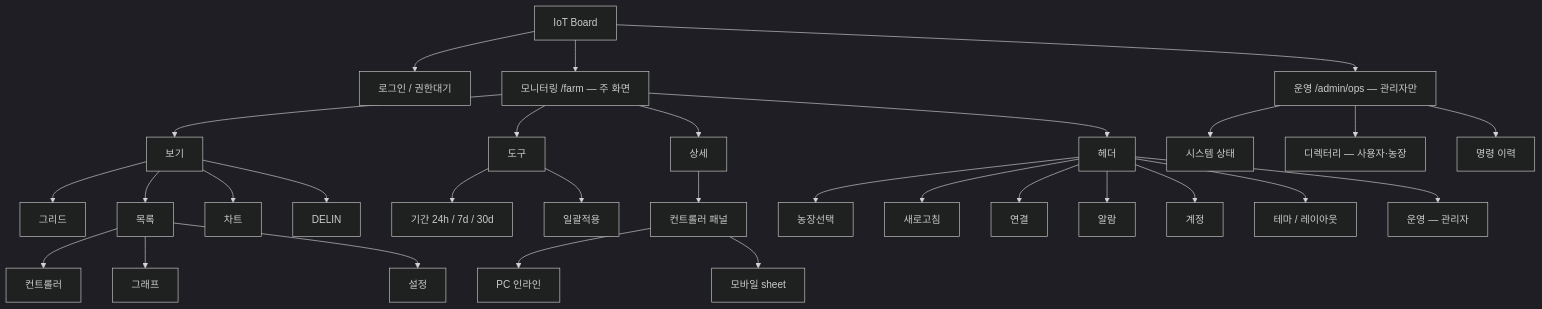
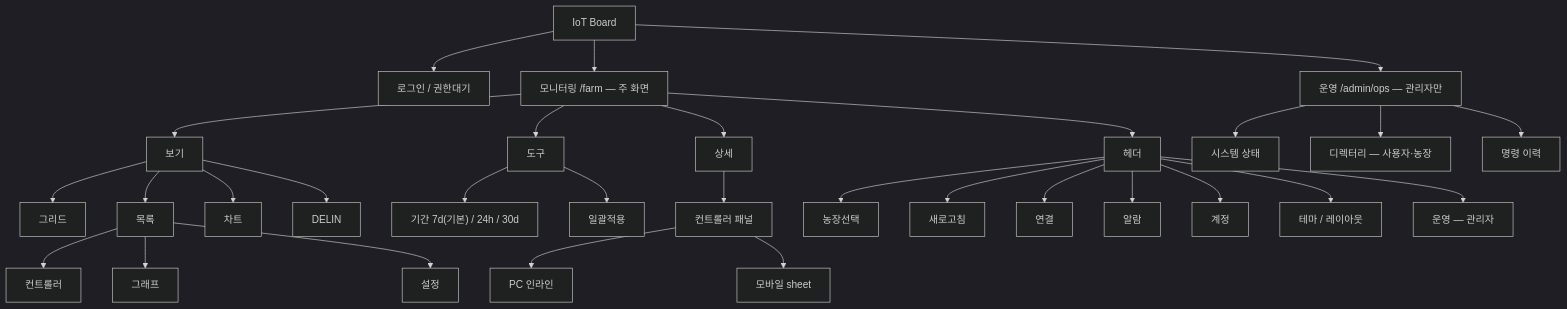
Before and after one commit to SIJackLee/dashboard: the first of 3 diagrams in web/docs/user-manual/10-메뉴구조도.md, drawn with Mermaid (dark theme). The commit also changed other lines of this file and 44 other files, not shown here.

````diff
--- a/web/docs/user-manual/10-메뉴구조도.md
+++ b/web/docs/user-manual/10-메뉴구조도.md
@@ -22,42 +22,42 @@
 ```mermaid
 flowchart TD
   root["IoT Board"]
 
   root --> auth["로그인 / 권한대기"]
   root --> farm["모니터링 /farm — 주 화면"]
   root --> ops["운영 /admin/ops — 관리자만"]
 
   %% 상단 세 꼭짓점: 보기 · 도구 · 상세
   farm --> view["보기"]
   farm --> tools["도구"]
   farm --> detail["상세"]
 
   view --> grid["그리드"]
   view --> list["목록"]
   view --> chart["차트"]
   view --> aria["DELIN"]
   list --> modeCtrl["컨트롤러"]
   list --> modeGraph["그래프"]
   list --> modeSet["설정"]
 
-  tools --> period["기간 24h / 7d / 30d"]
+  tools --> period["기간 7d(기본) / 24h / 30d"]
   tools --> bulk["일괄적용"]
 
   detail --> panel["컨트롤러 패널"]
   panel --> pcInline["PC 인라인"]
   panel --> mobileSheet["모바일 sheet"]
 
   %% 하단 꼭짓점: 헤더 (화살표 farm --> header 동일)
   farm --> header["헤더"]
   header --> hFarm["농장선택"]
   header --> hRefresh["새로고침"]
   header --> hConn["연결"]
   header --> hAlarm["알람"]
   header --> hAccount["계정"]
   header --> hTheme["테마 / 레이아웃"]
   header --> hOps["운영 — 관리자"]
 
   ops --> system["시스템 상태"]
   ops --> directory["디렉터리 — 사용자·농장"]
   ops --> commands["명령 이력"]
 ```
````
